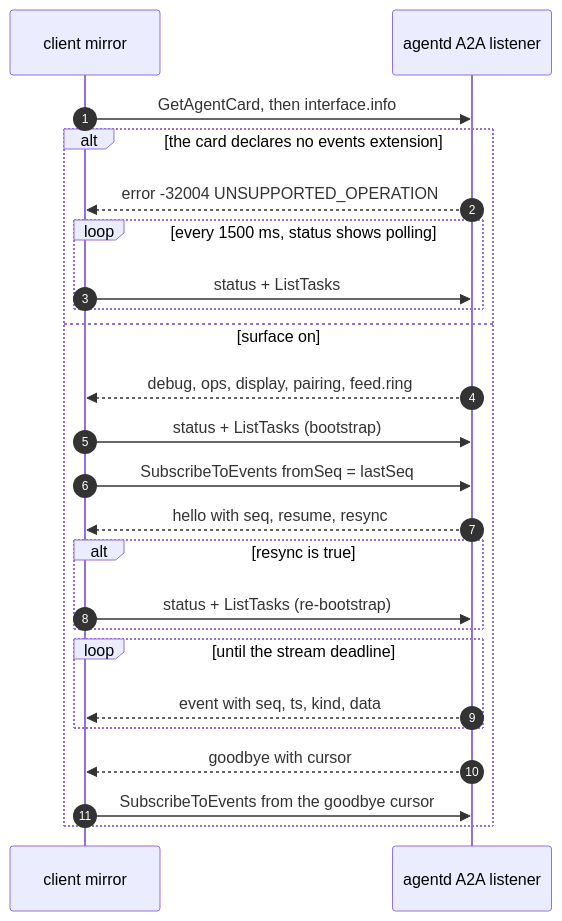
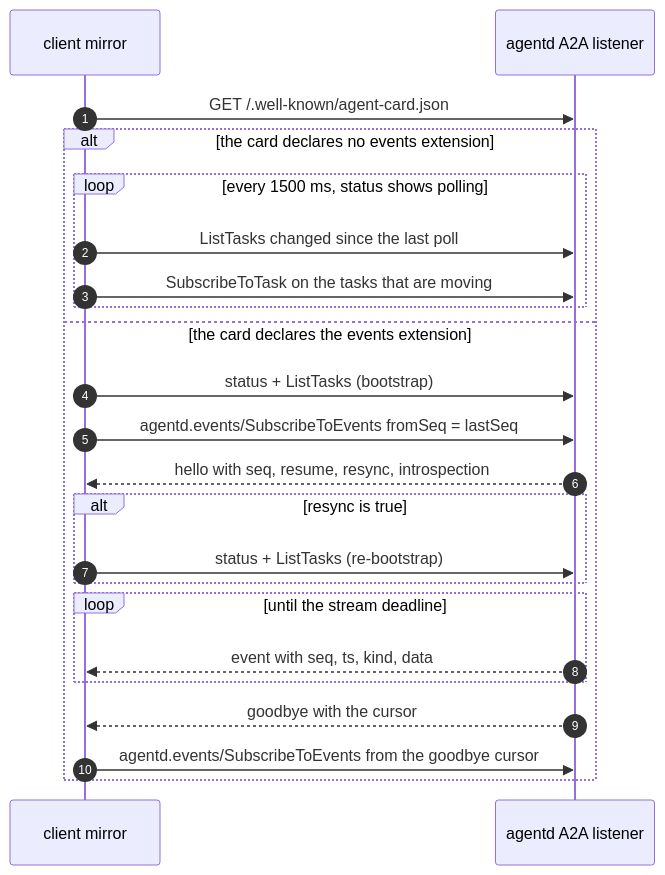
One commit to agentd-dev/source-code changed the second of 3 diagrams in docs/experience.md. Above: the diagram before and after it, drawn with Mermaid. The commit also changed other lines of this file and 4 other files, not shown here.

````diff
--- a/docs/experience.md
+++ b/docs/experience.md
@@ -286,26 +290,25 @@
 ```mermaid
 sequenceDiagram
   autonumber
   participant C as client mirror
   participant D as agentd A2A listener
-  C->>D: GetAgentCard, then interface.info
+  C->>D: GET /.well-known/agent-card.json
   alt the card declares no events extension
-    D-->>C: error -32004 UNSUPPORTED_OPERATION
     loop every 1500 ms, status shows polling
-      C->>D: status + ListTasks
+      C->>D: ListTasks changed since the last poll
+      C->>D: SubscribeToTask on the tasks that are moving
     end
-  else surface on
-    D-->>C: debug, ops, display, pairing, feed.ring
+  else the card declares the events extension
     C->>D: status + ListTasks (bootstrap)
-    C->>D: SubscribeToEvents fromSeq = lastSeq
-    D-->>C: hello with seq, resume, resync
+    C->>D: agentd.events/SubscribeToEvents fromSeq = lastSeq
+    D-->>C: hello with seq, resume, resync, introspection
     alt resync is true
       C->>D: status + ListTasks (re-bootstrap)
     end
     loop until the stream deadline
       D-->>C: event with seq, ts, kind, data
     end
-    D-->>C: goodbye with cursor
-    C->>D: SubscribeToEvents from the goodbye cursor
+    D-->>C: goodbye with the cursor
+    C->>D: agentd.events/SubscribeToEvents from the goodbye cursor
   end
 ```
````
